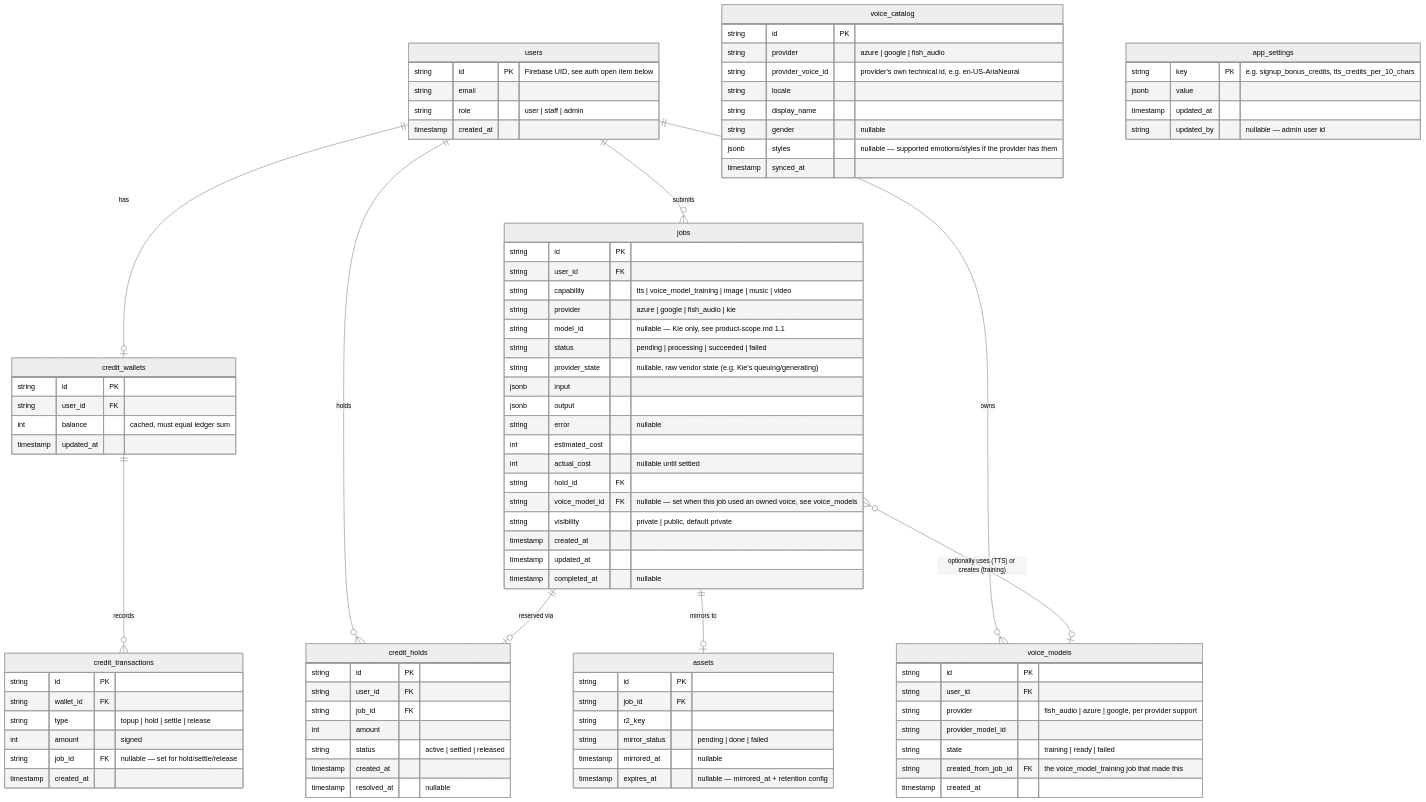
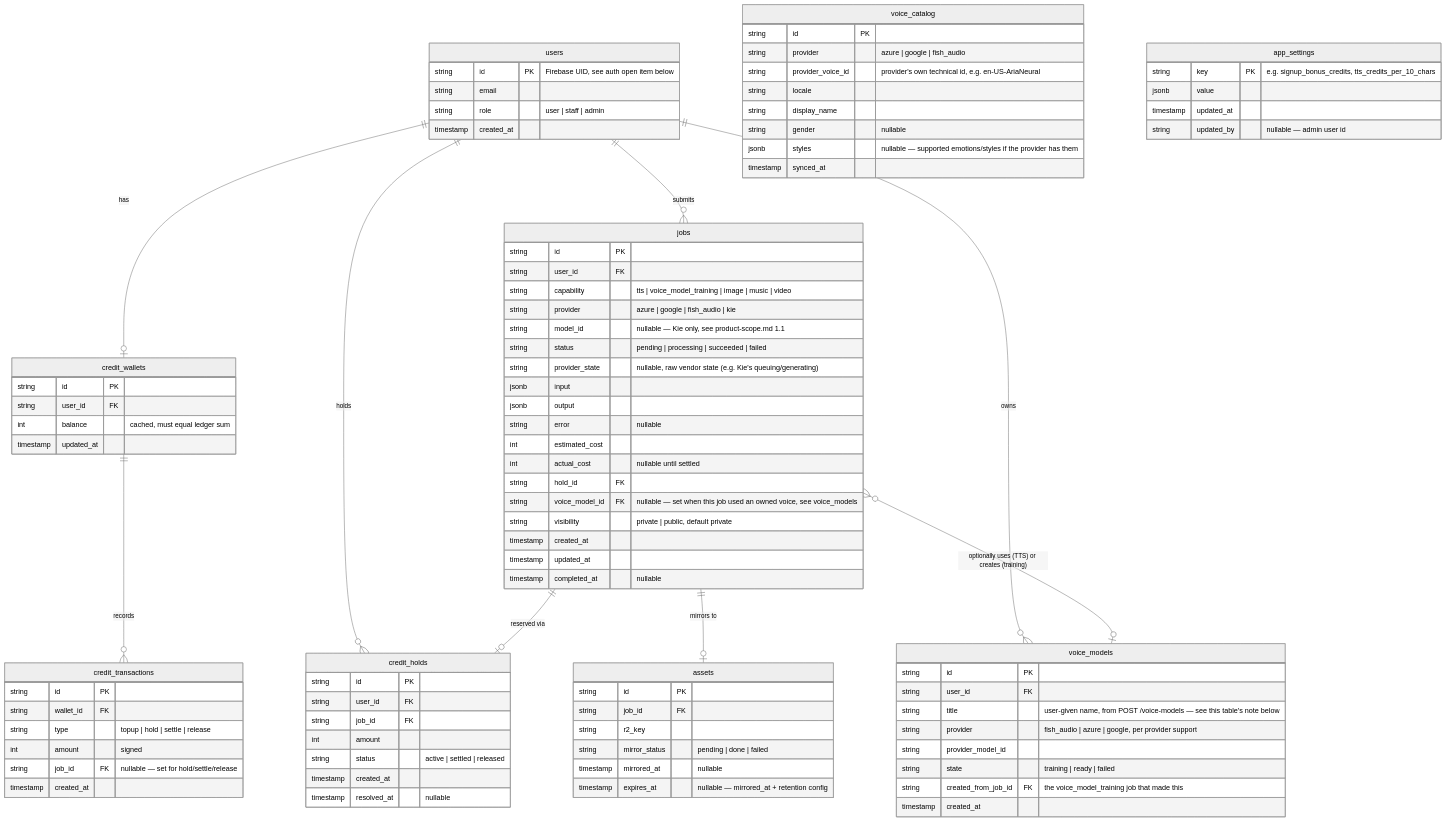
Before and after one commit to bensting/voicica-ai-v2: the diagram in docs/data-model.md, drawn with Mermaid (neutral theme). The commit also changed other lines of this file and 10 other files, not shown here.

```diff
--- a/docs/data-model.md
+++ b/docs/data-model.md
@@ -66,6 +66,7 @@
     voice_models {
         string id PK
         string user_id FK
+        string title "user-given name, from POST /voice-models — see this table's note below"
         string provider "fish_audio | azure | google, per provider support"
         string provider_model_id
         string state "training | ready | failed"
```
